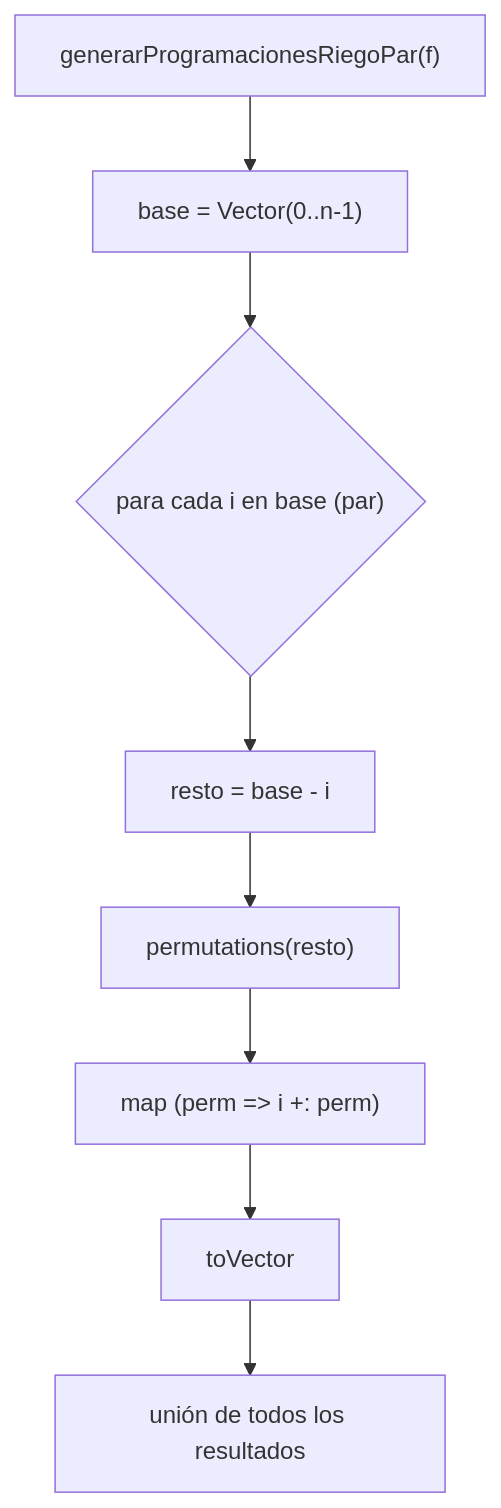
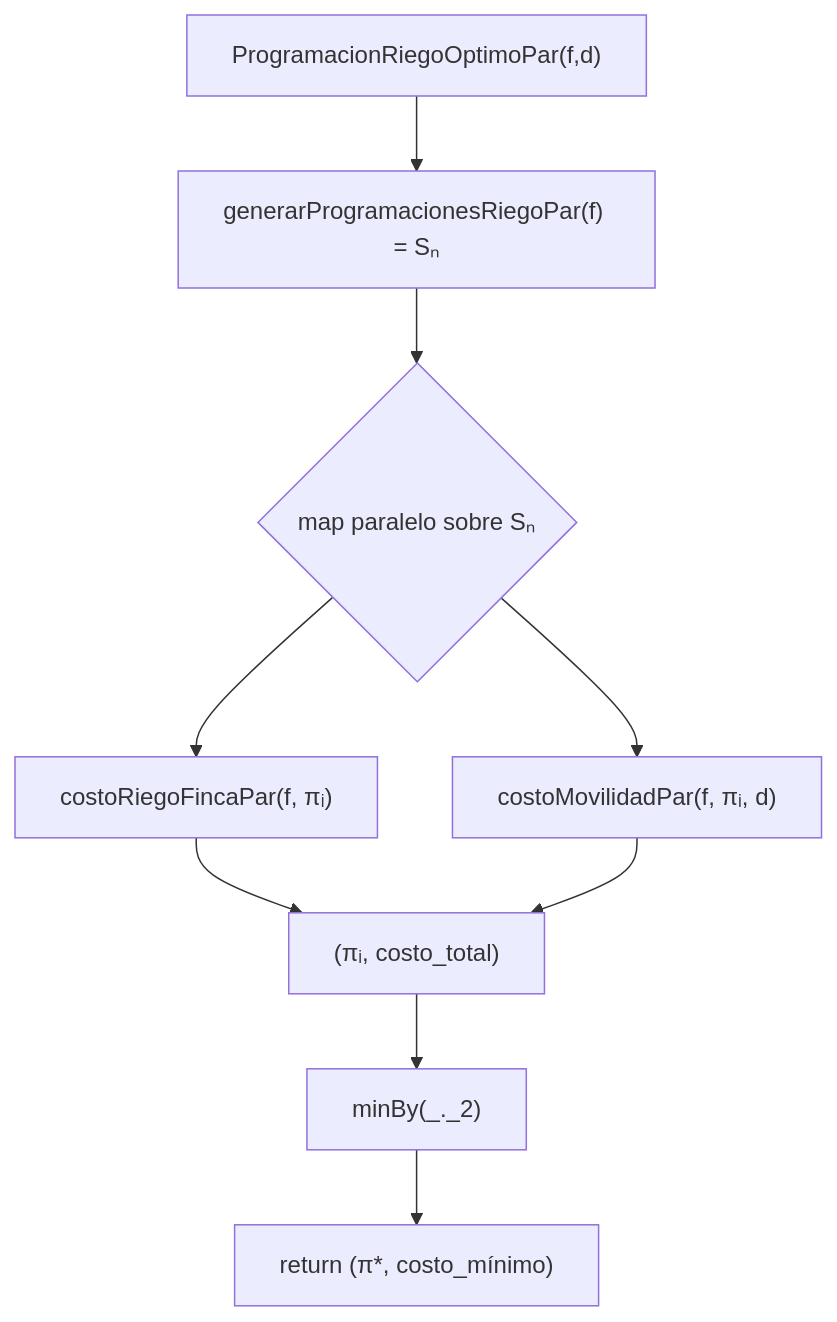
The diagram in docs/generarProgramacionesRiegoPar.md (2025-II-PFC-FLP/proyecto-final-pfc-2025-ii-coronamos), drawn with Mermaid before and after one commit. The commit also changed other lines of this file and 3 other files, not shown here.

````diff
--- a/docs/generarProgramacionesRiegoPar.md
+++ b/docs/generarProgramacionesRiegoPar.md
@@ -138,10 +143,12 @@
 ```mermaid
 flowchart TD
-    A["generarProgramacionesRiegoPar(f)"] --> B["base = Vector(0..n-1)"]
-    B --> C{"para cada i en base (par)"}
-    C --> D["resto = base - i"]
-    D --> E["permutations(resto)"]
-    E --> F["map (perm => i +: perm)"]
-    F --> G["toVector"]
-    G --> H["unión de todos los resultados"]
+A["ProgramacionRiegoOptimoPar(f,d)"]
+--> B["generarProgramacionesRiegoPar(f) = Sₙ"]
+B --> C{"map paralelo sobre Sₙ"}
+C --> D["costoRiegoFincaPar(f, πᵢ)"]
+C --> E["costoMovilidadPar(f, πᵢ, d)"]
+D --> F["(πᵢ, costo_total)"]
+E --> F
+F --> G["minBy(_._2)"]
+G --> H["return (π*, costo_mínimo)"]
 ```
````
